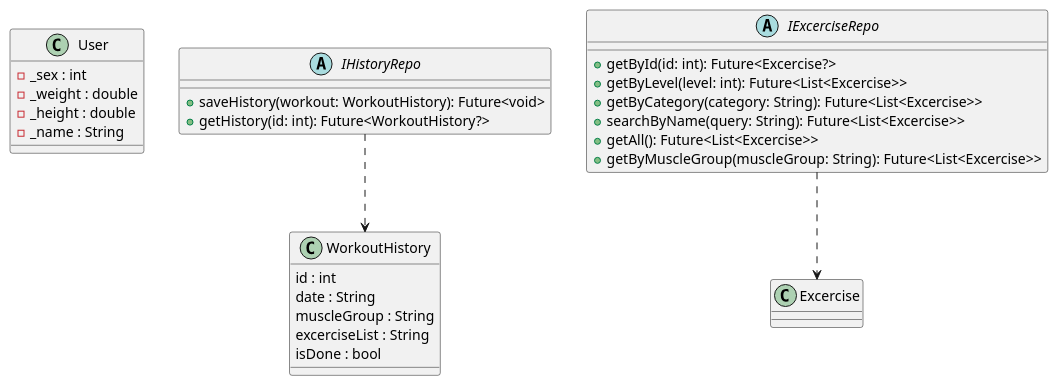
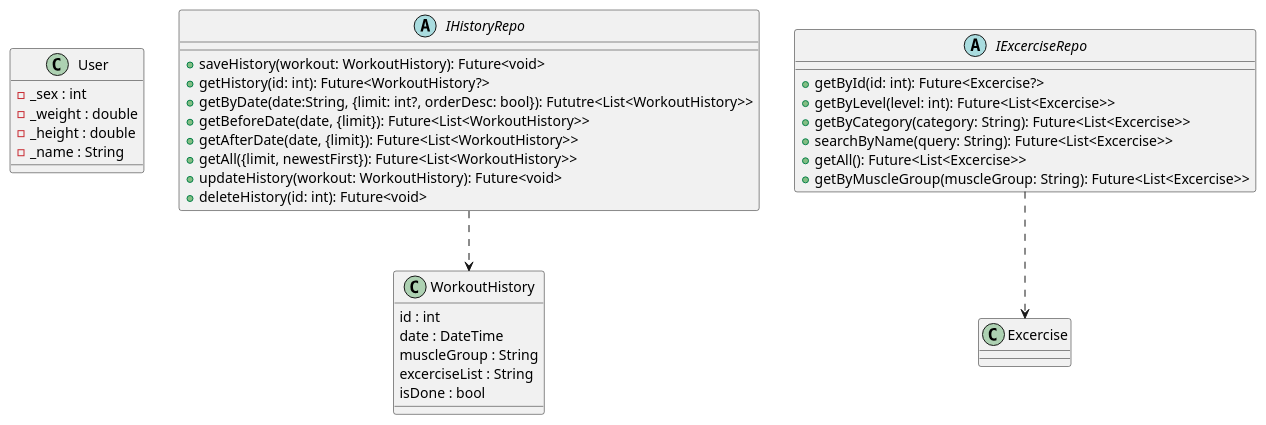
Before and after one commit to KATTSS/Workout_planner: the diagram in user_workout.puml, drawn with PlantUML. The commit also changed 8 other files, not shown here.

Commit message:
Feature: add specialized get queries to workout history db

```diff
--- a/user_workout.puml
+++ b/user_workout.puml
@@ -1,35 +1,42 @@
 @startuml UserWorkout
 
 class User {
     - _sex : int 
     - _weight : double 
     - _height : double 
     - _name : String 
 }
 
 class WorkoutHistory {
     id : int
-    date : String 
+    date : DateTime 
     muscleGroup : String
     excerciseList : String
     isDone : bool 
 }
 
 abstract class IHistoryRepo {
     + saveHistory(workout: WorkoutHistory): Future<void>
     + getHistory(id: int): Future<WorkoutHistory?>
+    + getByDate(date:String, {limit: int?, orderDesc: bool}): Fututre<List<WorkoutHistory>>
+    + getBeforeDate(date, {limit}): Future<List<WorkoutHistory>>
+    + getAfterDate(date, {limit}): Future<List<WorkoutHistory>>
+    + getAll({limit, newestFirst}): Future<List<WorkoutHistory>>
+    + updateHistory(workout: WorkoutHistory): Future<void>
+    + deleteHistory(id: int): Future<void>
+    
 }
 
 abstract class IExcerciseRepo {
     + getById(id: int): Future<Excercise?>
     + getByLevel(level: int): Future<List<Excercise>>
     + getByCategory(category: String): Future<List<Excercise>>
     + searchByName(query: String): Future<List<Excercise>>
     + getAll(): Future<List<Excercise>>
     + getByMuscleGroup(muscleGroup: String): Future<List<Excercise>>
 }
 
 IHistoryRepo ..> WorkoutHistory
 IExcerciseRepo ..> Excercise
 
 @enduml
```
